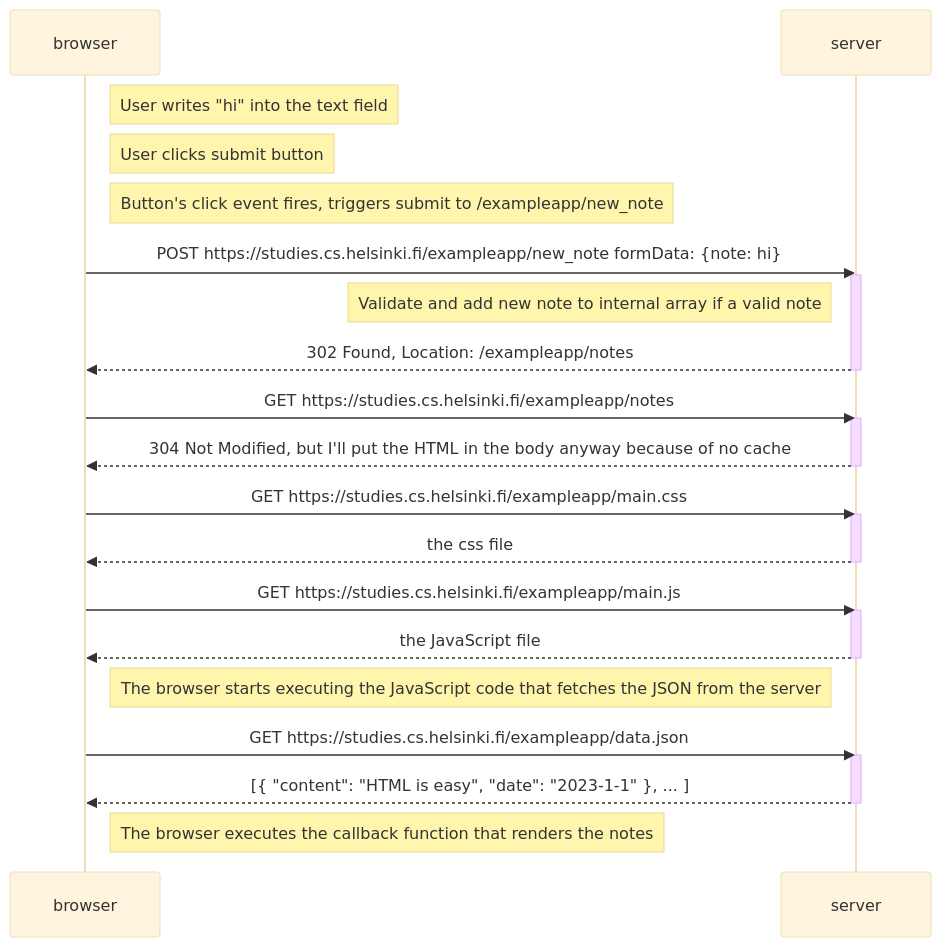
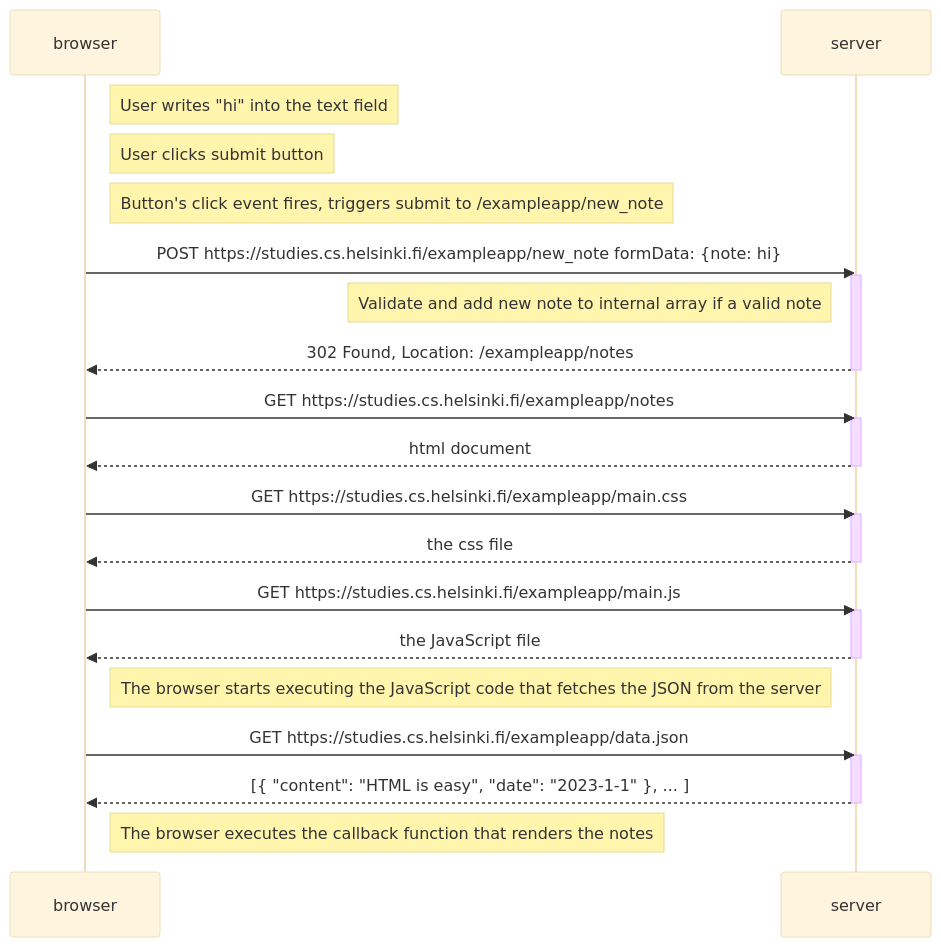
One commit to willylin207/fsopen changed the diagram in part0/ex0_4.md. Above: the diagram before and after it, drawn with Mermaid (base theme).

Commit message:
Update ex0_4.md to represent no cache results

````diff
--- a/part0/ex0_4.md
+++ b/part0/ex0_4.md
@@ -1,38 +1,38 @@
 ```mermaid
 sequenceDiagram
     participant browser
     participant server
     Note right of browser: User writes "hi" into the text field
     Note right of browser: User clicks submit button
     Note right of browser: Button's click event fires, triggers submit to /exampleapp/new_note
     browser->>server: POST https://studies.cs.helsinki.fi/exampleapp/new_note formData: {note: hi}
 
     activate server
     Note left of server: Validate and add new note to internal array if a valid note
     server-->>browser: 302 Found, Location: /exampleapp/notes
     deactivate server
 
     browser->>server: GET https://studies.cs.helsinki.fi/exampleapp/notes
     activate server
-    server-->>browser: 304 Not Modified, but I'll put the HTML in the body anyway because of no cache
+    server-->>browser: html document
     deactivate server
 
     browser->>server: GET https://studies.cs.helsinki.fi/exampleapp/main.css
     activate server
     server-->>browser: the css file
     deactivate server
 
     browser->>server: GET https://studies.cs.helsinki.fi/exampleapp/main.js
     activate server
     server-->>browser: the JavaScript file
     deactivate server
 
     Note right of browser: The browser starts executing the JavaScript code that fetches the JSON from the server
 
     browser->>server: GET https://studies.cs.helsinki.fi/exampleapp/data.json
     activate server
     server-->>browser: [{ "content": "HTML is easy", "date": "2023-1-1" }, ... ]
     deactivate server
 
     Note right of browser: The browser executes the callback function that renders the notes
 ```
````
